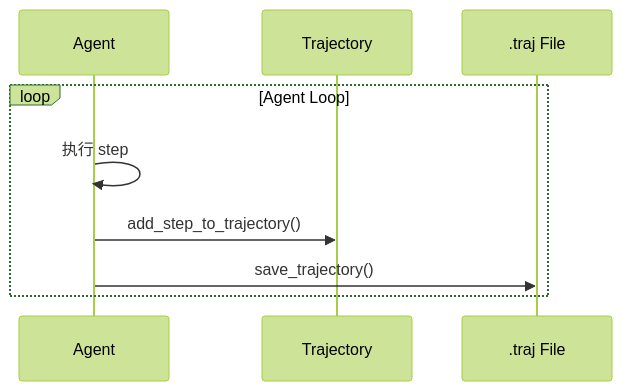
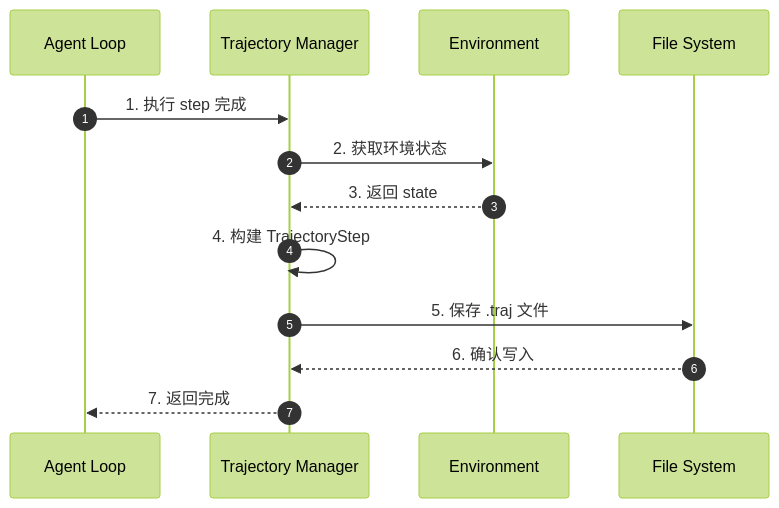
One commit to giraffe-tree/agent-base changed the first of 7 diagrams in docs/swe-agent/questions/swe-agent-checkpoint-implementation.md. Above: the diagram before and after it, drawn with Mermaid (forest theme). The commit also changed other lines of this file and 155 other files, not shown here.

````diff
--- a/docs/swe-agent/questions/swe-agent-checkpoint-implementation.md
+++ b/docs/swe-agent/questions/swe-agent-checkpoint-implementation.md
@@ -199,12 +107,16 @@
 ```mermaid
 sequenceDiagram
-    participant A as Agent
-    participant T as Trajectory
-    participant F as .traj File
+    autonumber
+    participant A as Agent Loop
+    participant B as Trajectory Manager
+    participant C as Environment
+    participant D as File System
 
-    loop Agent Loop
-        A->>A: 执行 step
-        A->>T: add_step_to_trajectory()
-        A->>F: save_trajectory()
-    end
+    A->>B: 1. 执行 step 完成
+    B->>C: 2. 获取环境状态
+    C-->>B: 3. 返回 state
+    B->>B: 4. 构建 TrajectoryStep
+    B->>D: 5. 保存 .traj 文件
+    D-->>B: 6. 确认写入
+    B-->>A: 7. 返回完成
 ```
````
